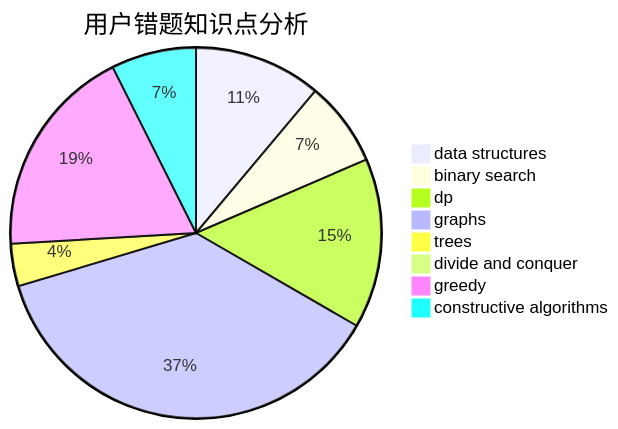
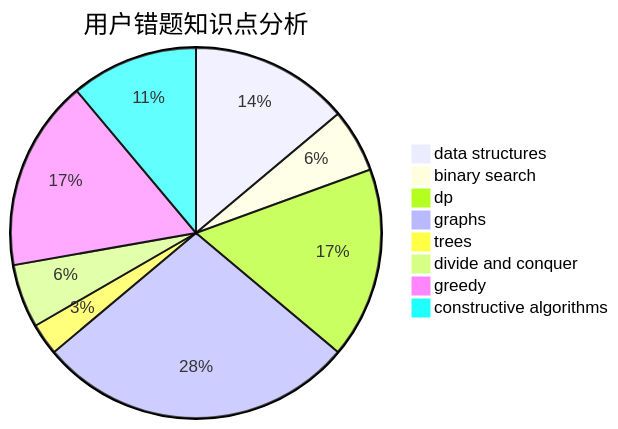
The third of 3 diagrams in docs/user/u327.md (sherpahu/cfrs.github.io), drawn with Mermaid before and after one commit. The commit also changed other lines of this file and 2770 other files, not shown here.

````diff
--- a/docs/user/u327.md
+++ b/docs/user/u327.md
@@ -36,11 +36,11 @@
 ```mermaid
 pie title 用户错题知识点分析
-    "data structures" :  3
+    "data structures" :  5
     "binary search" :  2
-    "dp" :  4
+    "dp" :  6
     "graphs" :  10
     "trees" :  1
-    "divide and conquer" :  0
-    "greedy" :  5
-    "constructive algorithms" :  2
+    "divide and conquer" :  2
+    "greedy" :  6
+    "constructive algorithms" :  4
 ```
````
